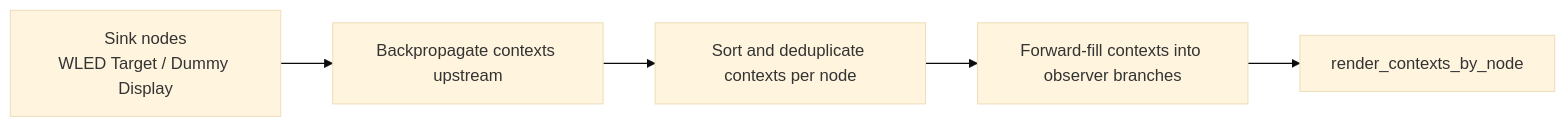
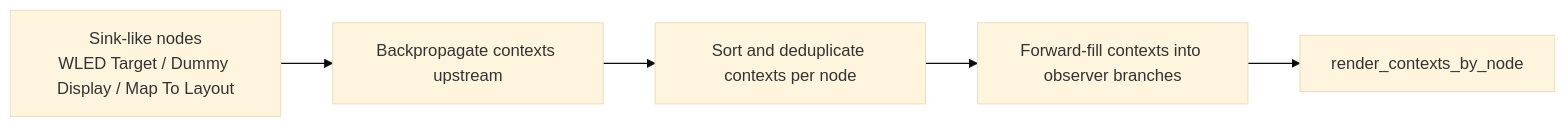
The first of 6 diagrams in docs/developer/runtime-execution.md (Hannes-Beckmann/luma-weaver), drawn with Mermaid (base theme) before and after one commit. The commit also changed other lines of this file and 80 other files, not shown here.

````diff
--- a/docs/developer/runtime-execution.md
+++ b/docs/developer/runtime-execution.md
@@ -171,7 +203,7 @@
 ```mermaid
 flowchart LR
-    Sinks[Sink nodes\nWLED Target / Dummy Display] --> Backprop[Backpropagate contexts upstream]
+    Sinks[Sink-like nodes\nWLED Target / Dummy Display / Map To Layout] --> Backprop[Backpropagate contexts upstream]
     Backprop --> Dedup[Sort and deduplicate contexts per node]
     Dedup --> ForwardFill[Forward-fill contexts into observer branches]
     ForwardFill --> Planned[render_contexts_by_node]
 ```
````
